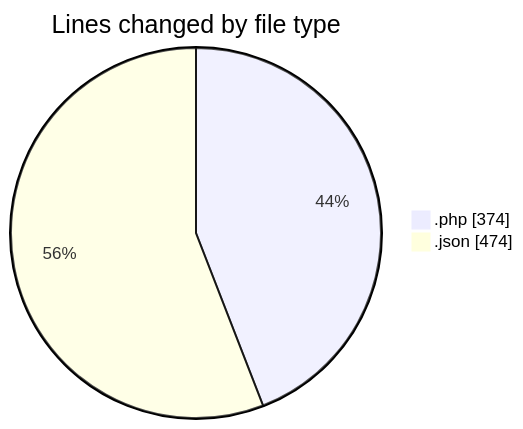
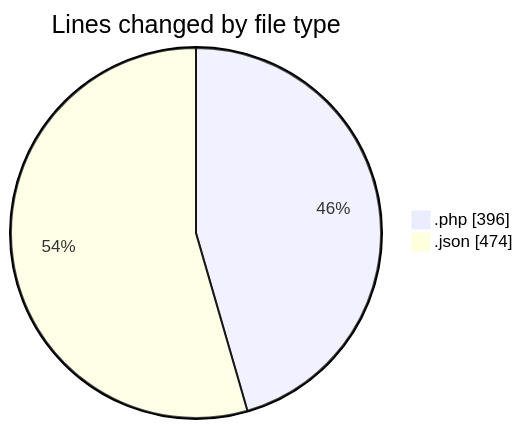
Before and after one commit to idhammustaqopulfikri/code-tracking: the first of 2 diagrams in 2025-05-16/booking/README.md, drawn with Mermaid. The commit also changed other lines of this file and 1 other file, not shown here.

````diff
--- a/2025-05-16/booking/README.md
+++ b/2025-05-16/booking/README.md
@@ -28,6 +30,6 @@
 ```mermaid
 pie showData
 title Lines changed by file type
-".php" : 374
+".php" : 396
 ".json" : 474
 ```
````
